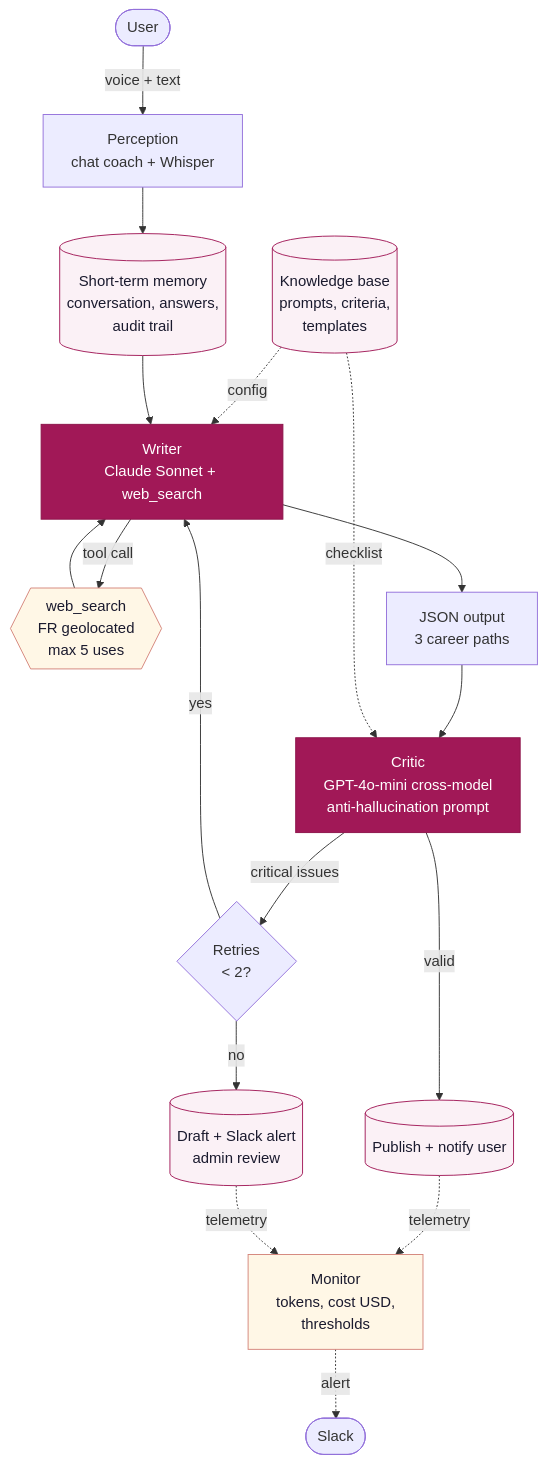
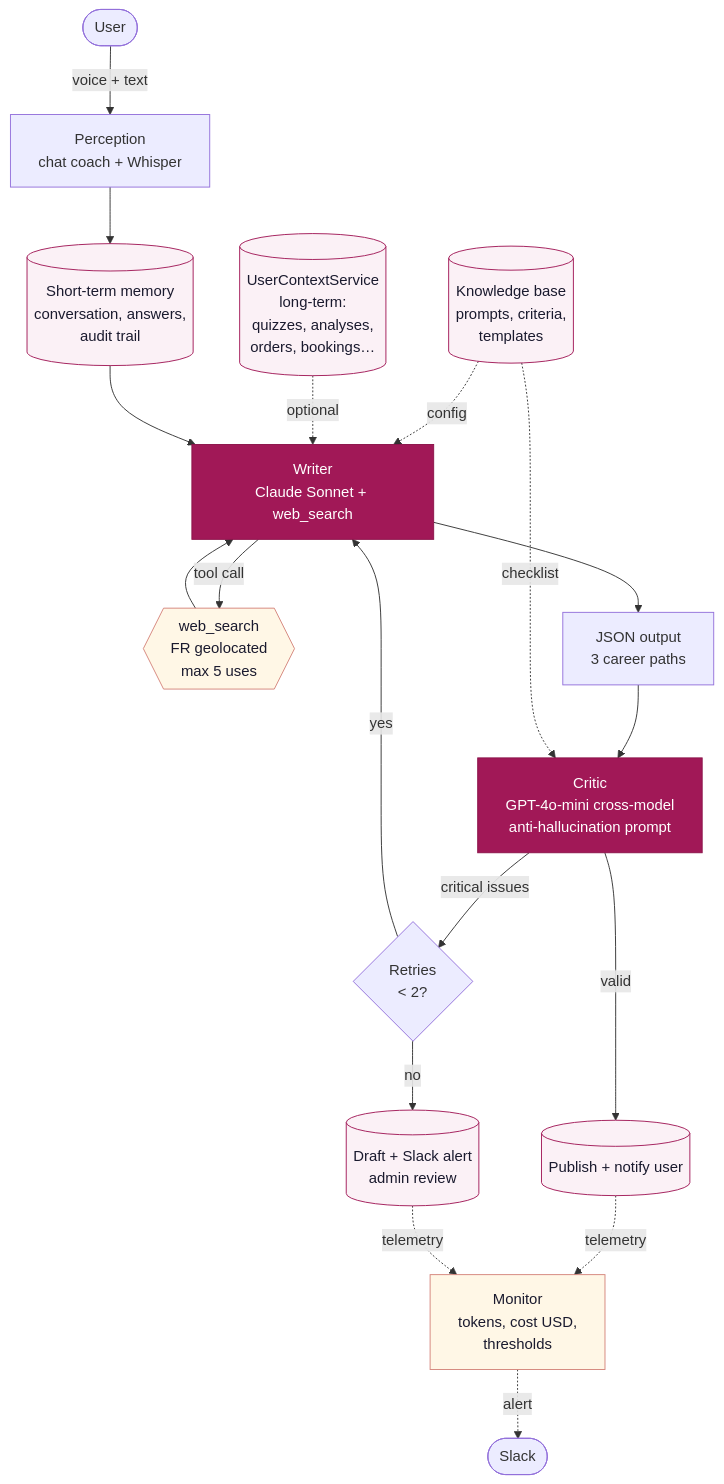
Before and after one commit to nlisch/tilto: the second of 2 diagrams in README.md, drawn with Mermaid. The commit also changed other lines of this file and 5 other files, not shown here.

````diff
--- a/README.md
+++ b/README.md
@@ -96,31 +105,32 @@
 ```mermaid
 flowchart TD
     User([User]) -->|voice + text| Perception[Perception<br/>chat coach + Whisper]
     Perception --> Memory[(Short-term memory<br/>conversation, answers,<br/>audit trail)]
     KB[(Knowledge base<br/>prompts, criteria,<br/>templates)] -.config.-> Writer
+    UCS[(UserContextService<br/>long-term:<br/>quizzes, analyses,<br/>orders, bookings…)] -.optional.-> Writer
     Memory --> Writer
 
     Writer[Writer<br/>Claude Sonnet + web_search]
     Writer -->|tool call| WebSearch{{web_search<br/>FR geolocated<br/>max 5 uses}}
     WebSearch --> Writer
     Writer --> Output[JSON output<br/>3 career paths]
 
     Output --> Critic[Critic<br/>GPT-4o-mini cross-model<br/>anti-hallucination prompt]
     KB -.checklist.-> Critic
 
     Critic -->|valid| Publish[(Publish + notify user)]
     Critic -->|critical issues| Retry{Retries<br/>&lt; 2?}
     Retry -->|yes| Writer
     Retry -->|no| Draft[(Draft + Slack alert<br/>admin review)]
 
     Publish -.telemetry.-> Monitor[Monitor<br/>tokens, cost USD,<br/>thresholds]
     Draft -.telemetry.-> Monitor
     Monitor -.alert.-> Slack([Slack])
 
     classDef llm fill:#A11857,stroke:#8b1249,color:#fff
     classDef store fill:#FBF1F6,stroke:#A11857,color:#1A1A2E
     classDef tool fill:#fff7e6,stroke:#d4847a,color:#1A1A2E
     class Writer,Critic llm
-    class Memory,KB,Publish,Draft store
+    class Memory,KB,UCS,Publish,Draft store
     class WebSearch,Monitor tool
 ```
````
